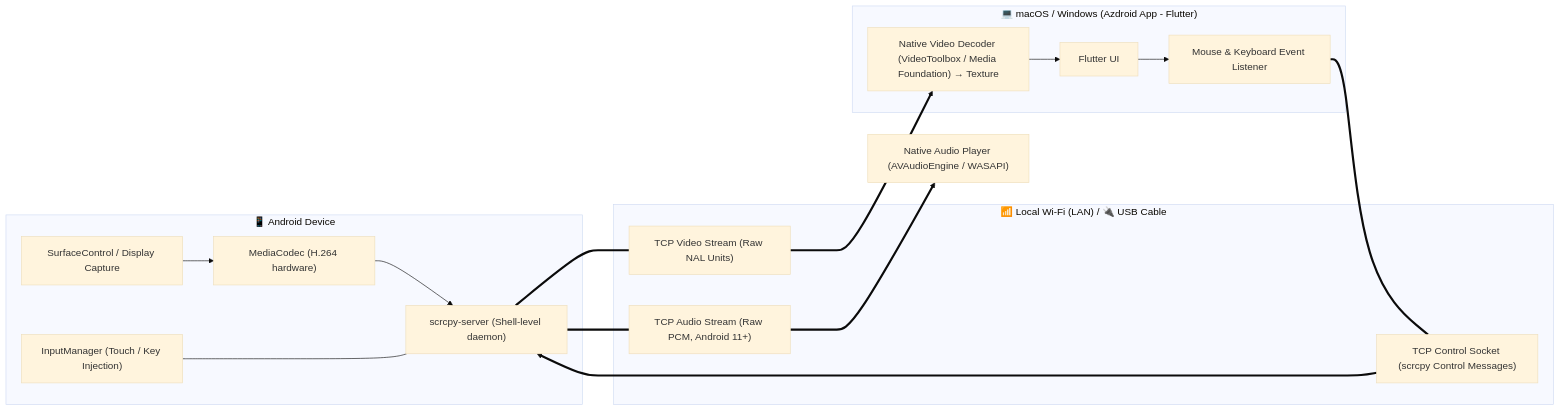
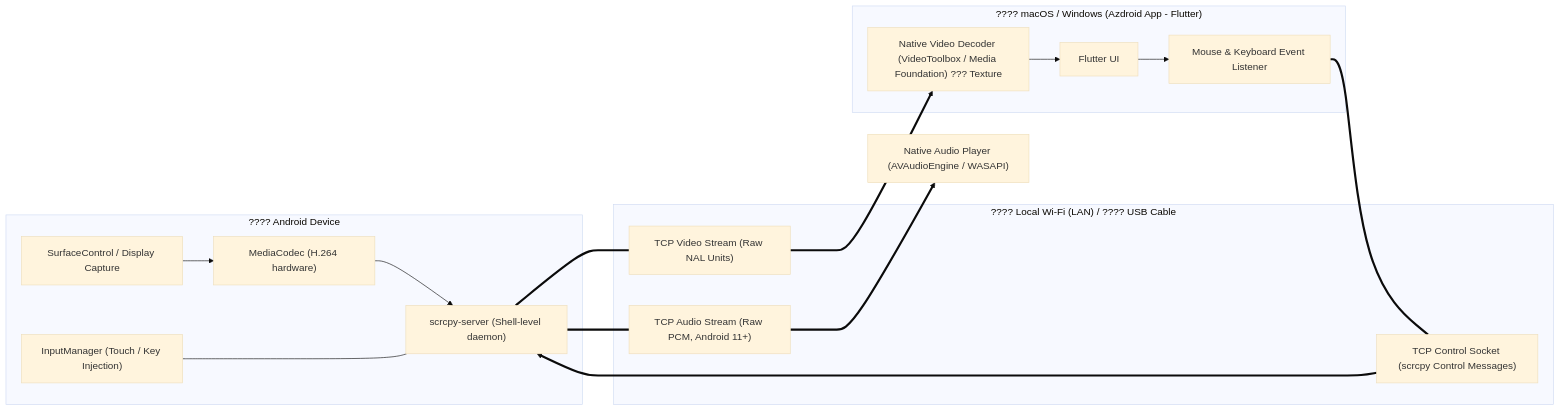
Before and after one commit to az-coder-123/azdroid: the third of 3 diagrams in README.md, drawn with Mermaid (base theme). The commit also changed other lines of this file and 2 other files, not shown here.

Commit message:
chore(release): attach Windows v1.4.0 package and update download links

````diff
--- a/README.md
+++ b/README.md
@@ -285,23 +285,23 @@
 ```mermaid
 flowchart LR
-    subgraph AndroidDevice ["📱 Android Device"]
+    subgraph AndroidDevice ["???? Android Device"]
         A1["SurfaceControl / Display Capture"] --> A2["MediaCodec (H.264 hardware)"]
         A2 --> A3["scrcpy-server (Shell-level daemon)"]
         A4["InputManager (Touch / Key Injection)"] <--- A3
     end
 
-    subgraph Transport ["📶 Local Wi-Fi (LAN) / 🔌 USB Cable"]
+    subgraph Transport ["???? Local Wi-Fi (LAN) / ???? USB Cable"]
         V_STREAM["TCP Video Stream (Raw NAL Units)"]
         A_STREAM["TCP Audio Stream (Raw PCM, Android 11+)"]
         C_SOCKET["TCP Control Socket (scrcpy Control Messages)"]
     end
 
-    subgraph DesktopApp ["💻 macOS / Windows (Azdroid App - Flutter)"]
+    subgraph DesktopApp ["???? macOS / Windows (Azdroid App - Flutter)"]
         M1["Flutter UI"] --> M2["Mouse & Keyboard Event Listener"]
-        M3["Native Video Decoder (VideoToolbox / Media Foundation) → Texture"] --> M1
+        M3["Native Video Decoder (VideoToolbox / Media Foundation) ??? Texture"] --> M1
     end
 
     A3 === V_STREAM ===> M3
     A3 === A_STREAM ===> M4["Native Audio Player (AVAudioEngine / WASAPI)"]
     M2 === C_SOCKET ===> A3
 ```
````
